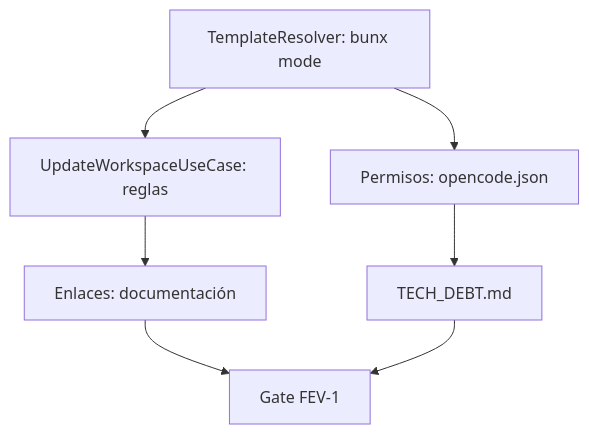
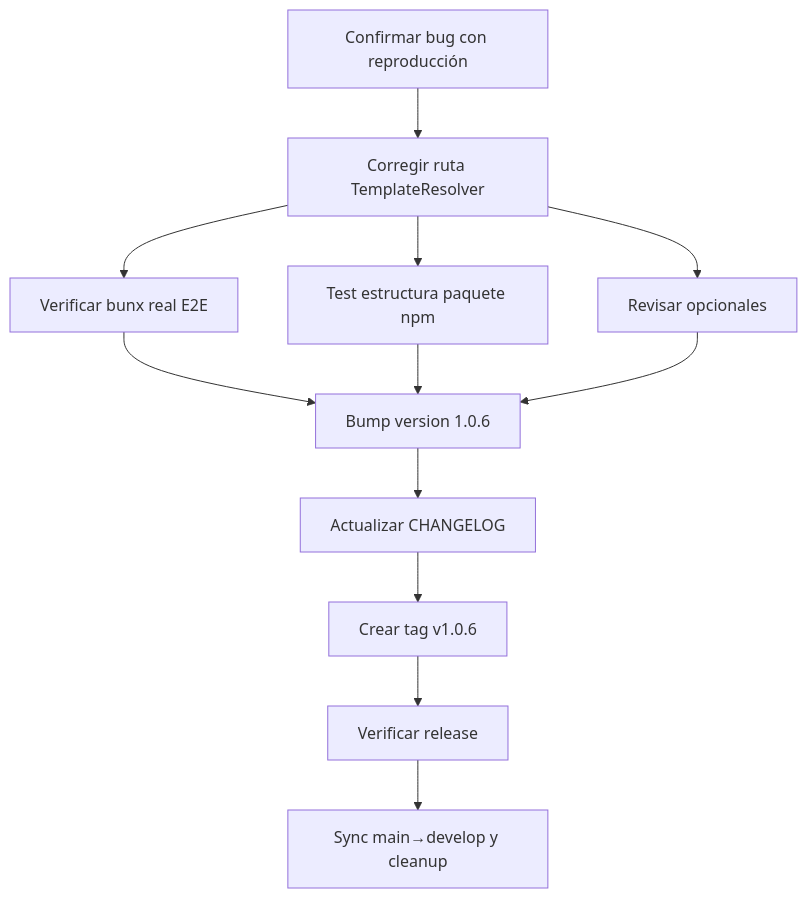
Before and after one commit to Fisherk2/codice-opencode: the diagram in tasks/plan.md, drawn with Mermaid. The commit also changed other lines of this file and 3 other files, not shown here.

````diff
--- a/tasks/plan.md
+++ b/tasks/plan.md
@@ -175,9 +240,14 @@
 ```mermaid
 graph TD
-    FEV1-T1[TemplateResolver: bunx mode] --> FEV1-T2[UpdateWorkspaceUseCase: reglas]
-    FEV1-T1 --> FEV1-T3[Permisos: opencode.json]
-    FEV1-T2 --> FEV1-T4[Enlaces: documentación]
-    FEV1-T3 --> FEV1-T5[TECH_DEBT.md]
-    FEV1-T4 --> FEV1-GATE[Gate FEV-1]
-    FEV1-T5 --> FEV1-GATE
+    FEV2-T0[Confirmar bug con reproducción] --> FEV2-T1[Corregir ruta TemplateResolver]
+    FEV2-T1 --> FEV2-T2[Test estructura paquete npm]
+    FEV2-T1 --> FEV2-T3[Verificar bunx real E2E]
+    FEV2-T1 --> FEV2-T4[Revisar opcionales]
+    FEV2-T3 --> FEV2-T5[Bump version 1.0.6]
+    FEV2-T2 --> FEV2-T5
+    FEV2-T4 --> FEV2-T5
+    FEV2-T5 --> FEV2-T6[Actualizar CHANGELOG]
+    FEV2-T6 --> FEV2-T7[Crear tag v1.0.6]
+    FEV2-T7 --> FEV2-T8[Verificar release]
+    FEV2-T8 --> FEV2-T9[Sync main→develop y cleanup]
 ```
````
